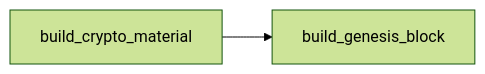
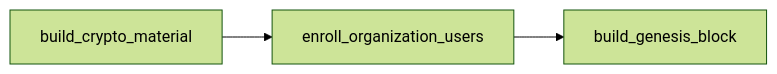
The diagram in playbooks/artifacts/README.md (LF-Decentralized-Trust-labs/fabric-x-ansible-collection), drawn with Mermaid (forest theme) before and after one commit. The commit also changed other lines of this file and 49 other files, not shown here.

````diff
--- a/playbooks/artifacts/README.md
+++ b/playbooks/artifacts/README.md
@@ -13,4 +14,4 @@
 ```mermaid
 flowchart LR
-  CRYPTO[build_crypto_material] --> GENESIS[build_genesis_block]
+  CRYPTO[build_crypto_material] --> ENROLL[enroll_organization_users] --> GENESIS[build_genesis_block]
 ```
````
